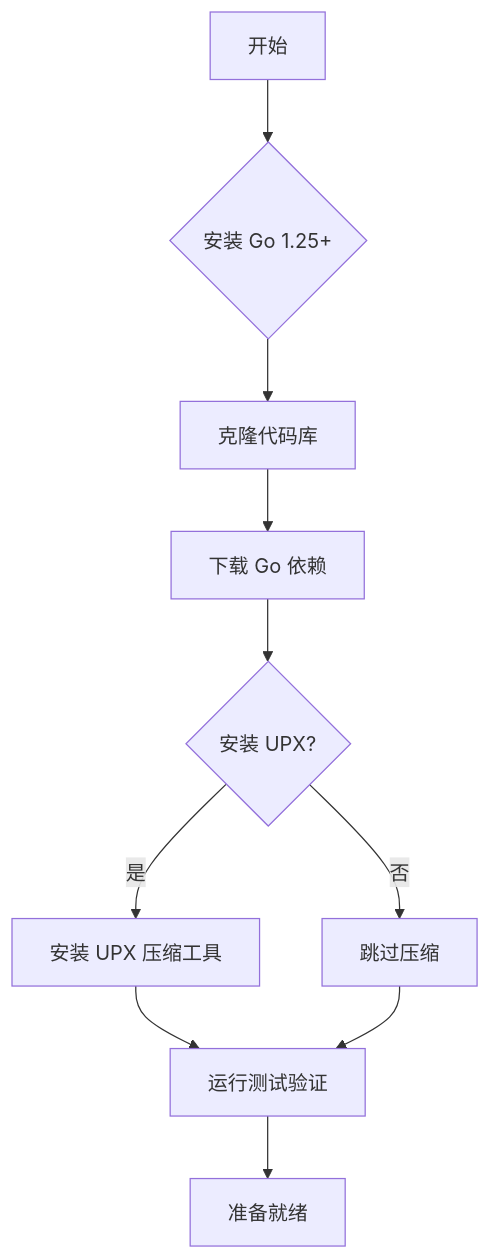
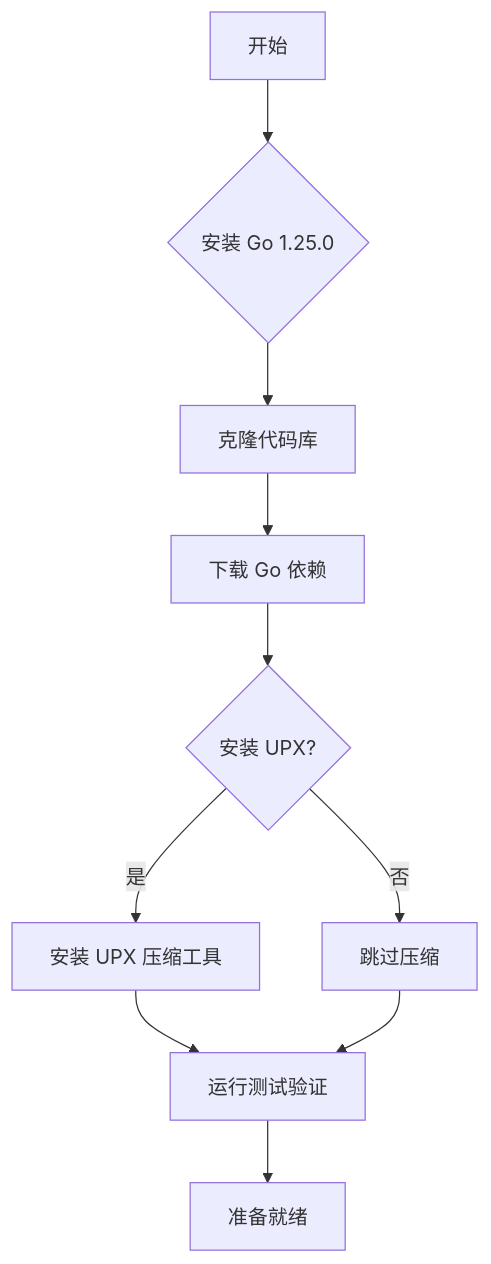
The first of 6 diagrams in .trae/deepwiki/开发指南与贡献流程.md (fuzzbuster/slider), drawn with Mermaid before and after one commit. The commit also changed other lines of this file and 17 other files, not shown here.

````diff
--- a/.trae/deepwiki/开发指南与贡献流程.md
+++ b/.trae/deepwiki/开发指南与贡献流程.md
@@ -36,12 +38,12 @@
 ```mermaid
 flowchart TD
-    A[开始] --> B{安装 Go 1.25+}
+    A[开始] --> B{安装 Go 1.25.0}
     B --> C[克隆代码库]
     C --> D[下载 Go 依赖]
     D --> E{安装 UPX?}
     E -- 是 --> F[安装 UPX 压缩工具]
     E -- 否 --> G[跳过压缩]
     F --> H[运行测试验证]
     G --> H
     H --> I[准备就绪]
 ```
````
